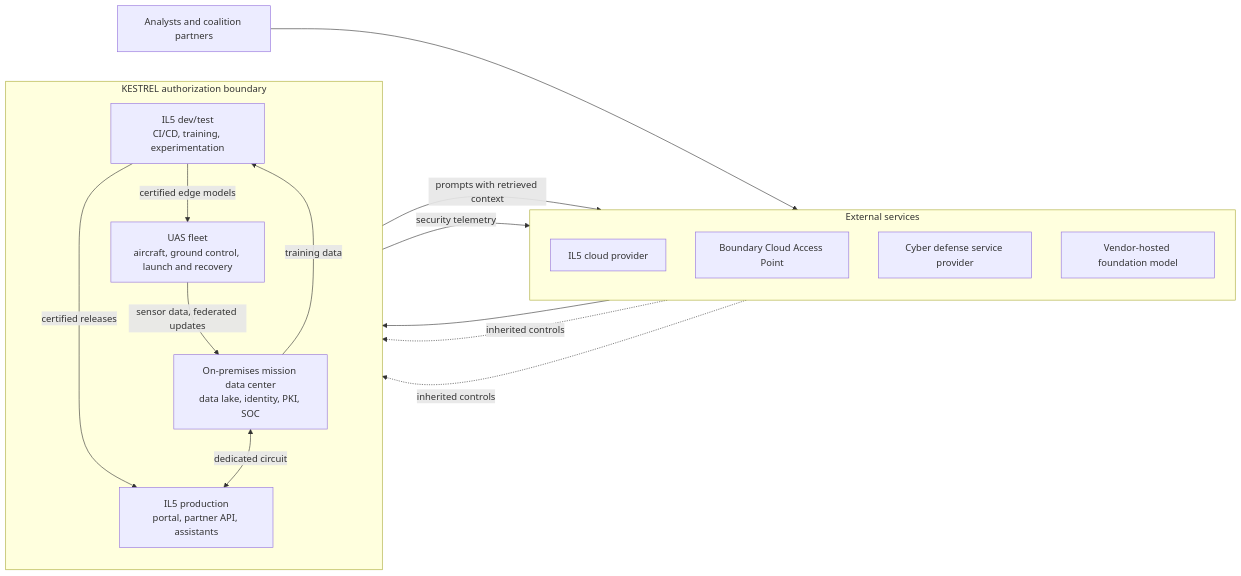
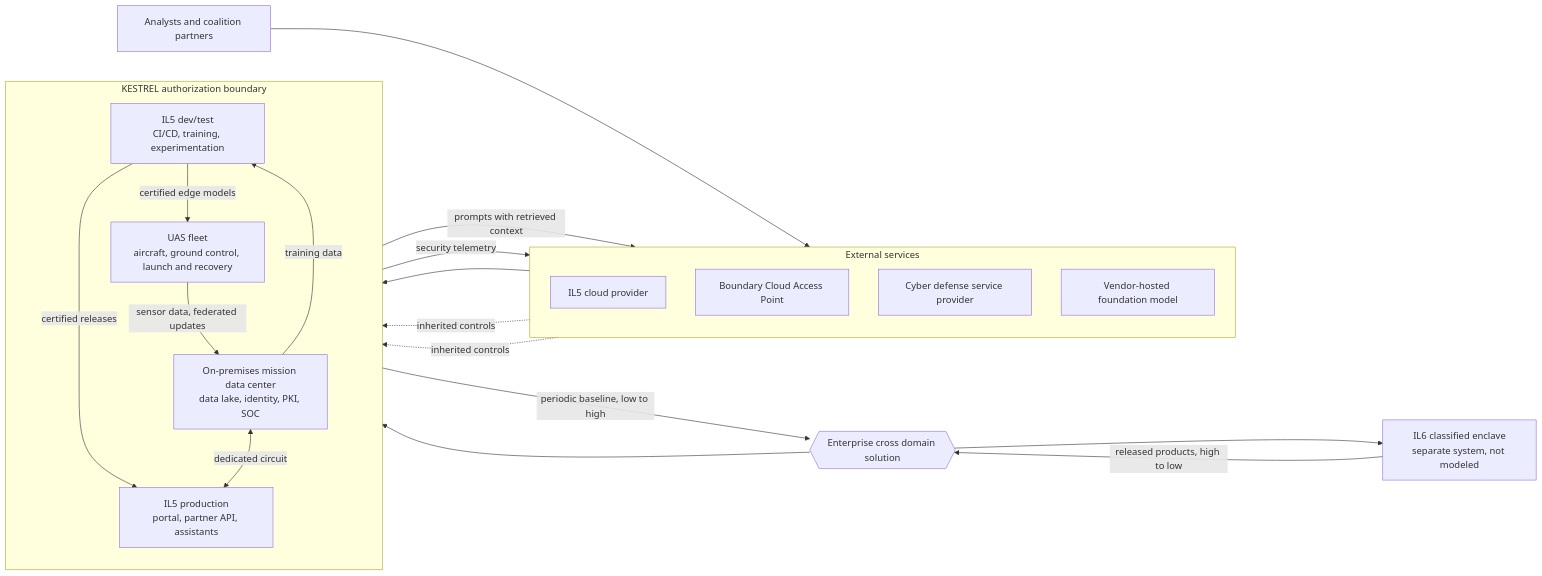
One commit to jessestarkey/Kestrel changed the diagram in 01-system-description.md. Above: the diagram before and after it, drawn with Mermaid. The commit also changed other lines of this file and 1 other file, not shown here.

First line of the commit message:
Show the two-way cross domain link to the IL6 enclave

````diff
--- a/01-system-description.md
+++ b/01-system-description.md
@@ -27,29 +27,34 @@
 ```mermaid
 flowchart LR
     subgraph EXT["External services"]
         direction TB
         CSP["IL5 cloud provider"]
         BCAP["Boundary Cloud Access Point"]
         CSSP["Cyber defense service provider"]
         FM["Vendor-hosted foundation model"]
     end
 
     subgraph U["KESTREL authorization boundary"]
         direction TB
         DEV["IL5 dev/test<br/>CI/CD, training, experimentation"]
         PROD["IL5 production<br/>portal, partner API, assistants"]
         DC["On-premises mission data center<br/>data lake, identity, PKI, SOC"]
         FLEET["UAS fleet<br/>aircraft, ground control, launch and recovery"]
         DEV -->|"certified releases"| PROD
         DC <-->|"dedicated circuit"| PROD
         DC -->|"training data"| DEV
         FLEET -->|"sensor data, federated updates"| DC
         DEV -->|"certified edge models"| FLEET
     end
 
     USERS["Analysts and coalition partners"] --> BCAP --> PROD
     PROD -->|"prompts with retrieved context"| FM
     CSP -.->|"inherited controls"| DEV
     CSP -.->|"inherited controls"| PROD
     DC -->|"security telemetry"| CSSP
+
+    CDS{{"Enterprise cross domain solution"}}
+    CLASS["IL6 classified enclave<br/>separate system, not modeled"]
+    PROD -->|"periodic baseline, low to high"| CDS --> CLASS
+    CLASS -->|"released products, high to low"| CDS --> PROD
 ```
````
